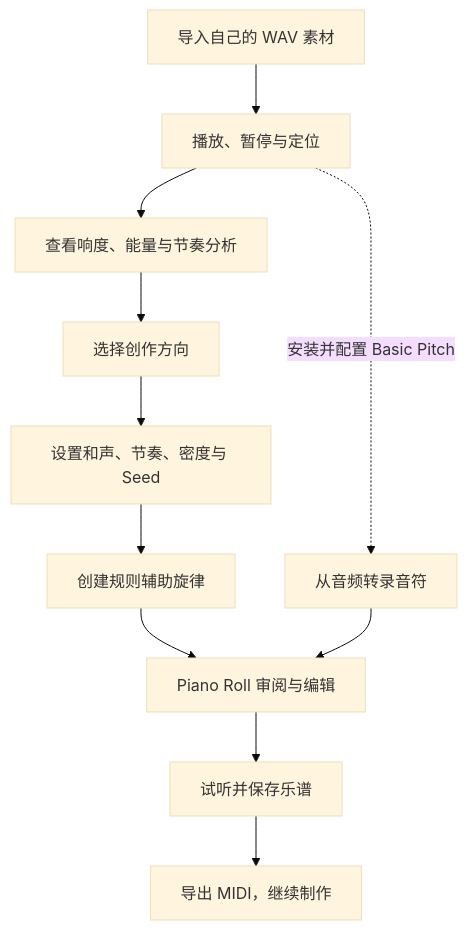
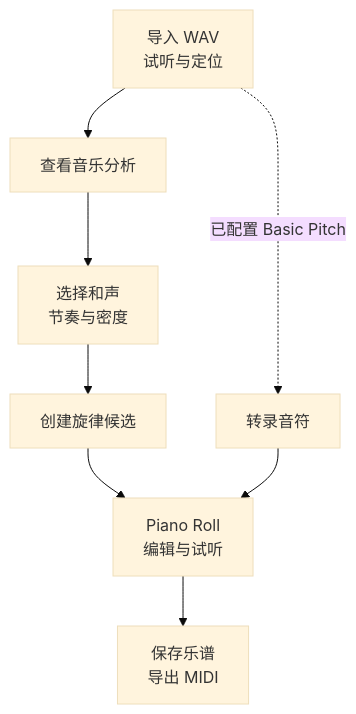
One commit to ryurikoneko/DAWLoop changed the first of 5 diagrams in README.md. Above: the diagram before and after it, drawn with Mermaid (base theme). The commit also changed other lines of this file and 12 other files, not shown here.

````diff
--- a/README.md
+++ b/README.md
@@ -41,13 +50,10 @@
 ```mermaid
 flowchart TD
-    A[导入自己的 WAV 素材] --> B[播放、暂停与定位]
-    B --> C[查看响度、能量与节奏分析]
-    C --> D[选择创作方向]
-    D --> E[设置和声、节奏、密度与 Seed]
-    E --> F[创建规则辅助旋律]
-    B -. 安装并配置 Basic Pitch .-> T[从音频转录音符]
-    F --> G[Piano Roll 审阅与编辑]
-    T --> G
-    G --> H[试听并保存乐谱]
-    H --> I[导出 MIDI，继续制作]
+    A[导入 WAV<br/>试听与定位] --> B[查看音乐分析]
+    B --> C[选择和声<br/>节奏与密度]
+    C --> D[创建旋律候选]
+    A -. 已配置 Basic Pitch .-> T[转录音符]
+    D --> E[Piano Roll<br/>编辑与试听]
+    T --> E
+    E --> F[保存乐谱<br/>导出 MIDI]
 ```
````
